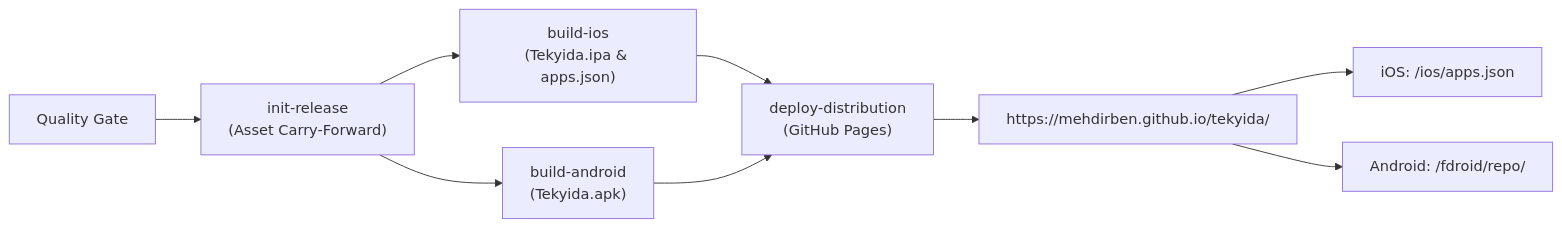
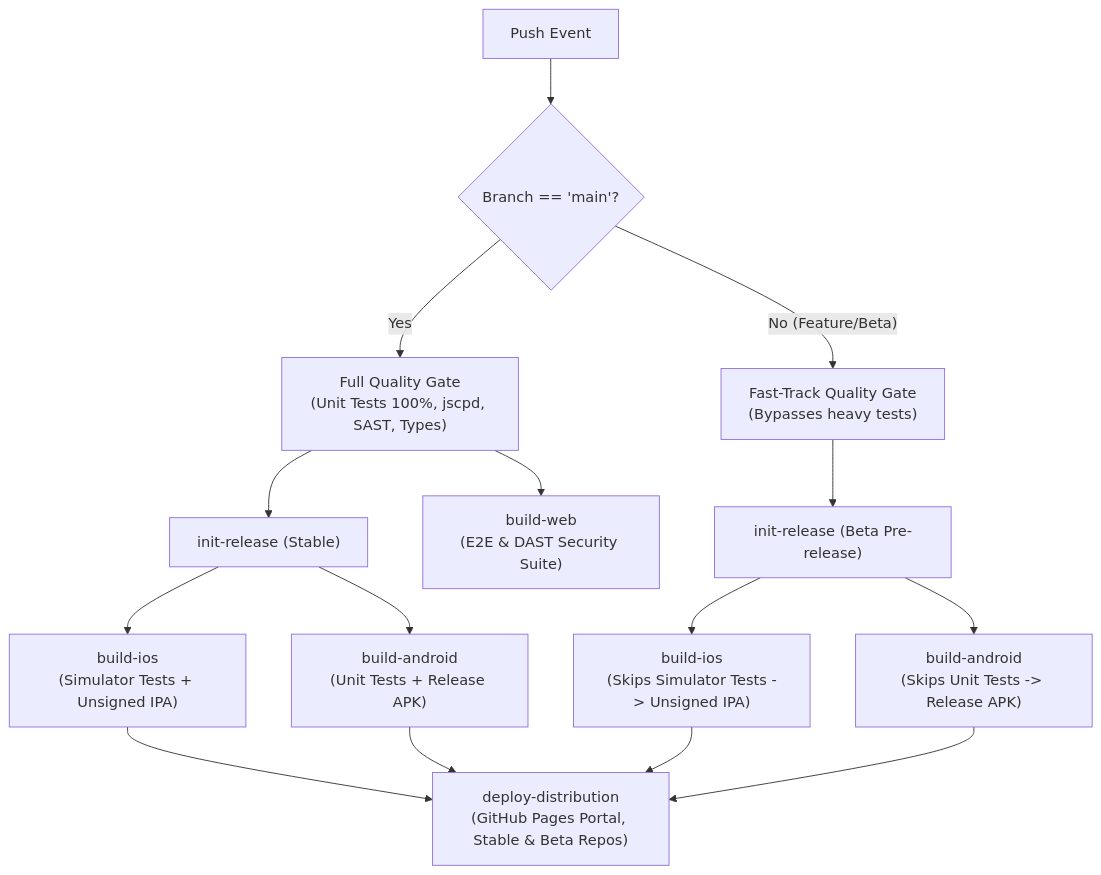
Before and after one commit to Mehdirben/tekyida: the diagram in docs/mobile_distribution.md, drawn with Mermaid. The commit also changed other lines of this file and 14 other files, not shown here.

Commit message:
Add branch-aware stable and beta releases

````diff
--- a/docs/mobile_distribution.md
+++ b/docs/mobile_distribution.md
@@ -52,11 +58,19 @@
 ```mermaid
-flowchart LR
-    A["Quality Gate"] --> B["init-release\n(Asset Carry-Forward)"]
-    B --> C["build-ios\n(Tekyida.ipa & apps.json)"]
-    B --> D["build-android\n(Tekyida.apk)"]
-    C --> E["deploy-distribution\n(GitHub Pages)"]
-    D --> E
-    E --> F["https://mehdirben.github.io/tekyida/"]
-    F --> G["iOS: /ios/apps.json"]
-    F --> H["Android: /fdroid/repo/"]
+flowchart TD
+    A["Push Event"] --> B{"Branch == 'main'?"}
+    B -- Yes --> C["Full Quality Gate\n(Unit Tests 100%, jscpd, SAST, Types)"]
+    C --> D["init-release (Stable)"]
+    C --> E["build-web\n(E2E & DAST Security Suite)"]
+    D --> F["build-ios\n(Simulator Tests + Unsigned IPA)"]
+    D --> G["build-android\n(Unit Tests + Release APK)"]
+    
+    B -- No (Feature/Beta) --> H["Fast-Track Quality Gate\n(Bypasses heavy tests)"]
+    H --> I["init-release (Beta Pre-release)"]
+    I --> J["build-ios\n(Skips Simulator Tests -> Unsigned IPA)"]
+    I --> K["build-android\n(Skips Unit Tests -> Release APK)"]
+    
+    F --> L["deploy-distribution\n(GitHub Pages Portal, Stable & Beta Repos)"]
+    G --> L
+    J --> L
+    K --> L
 ```
````
